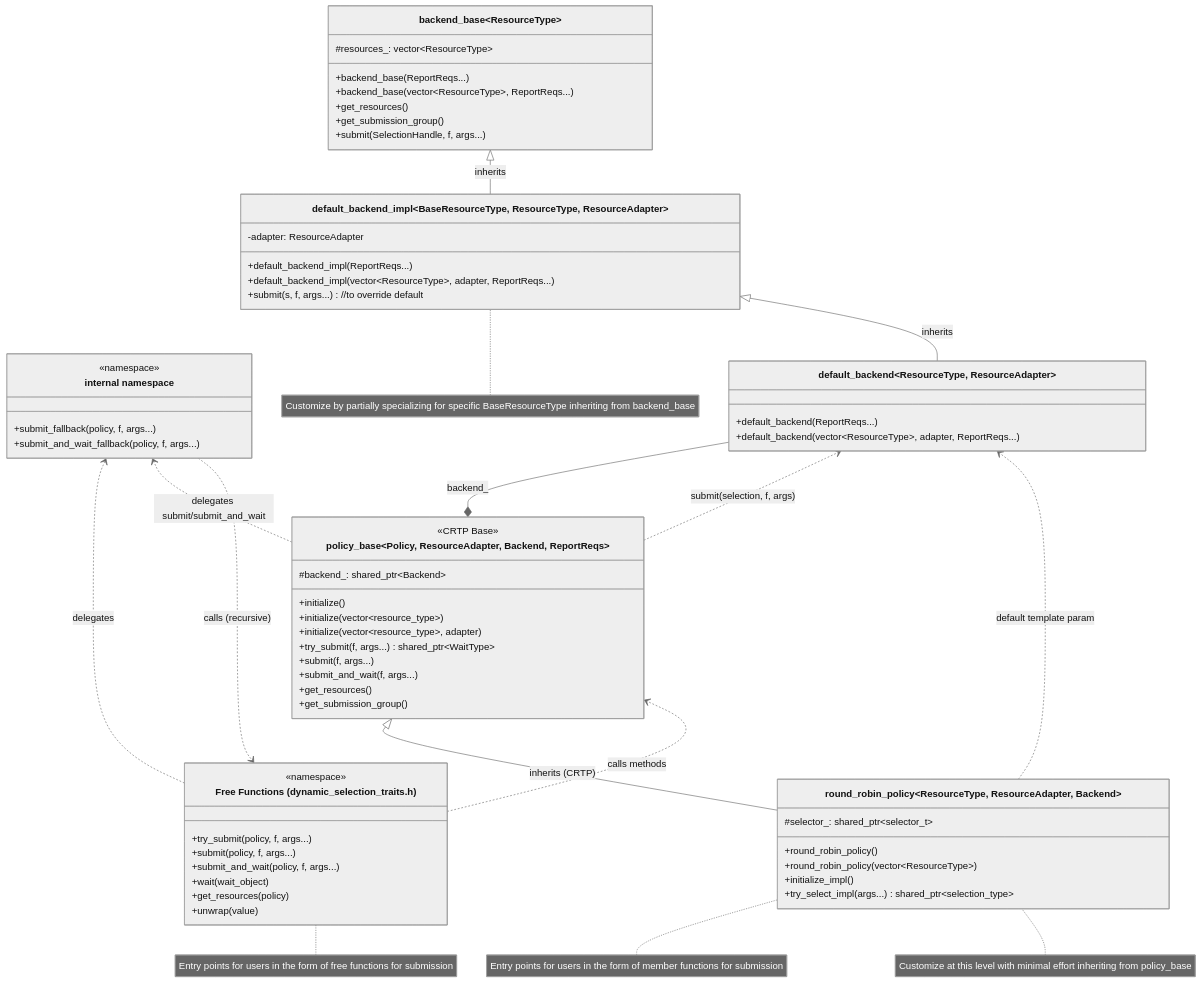
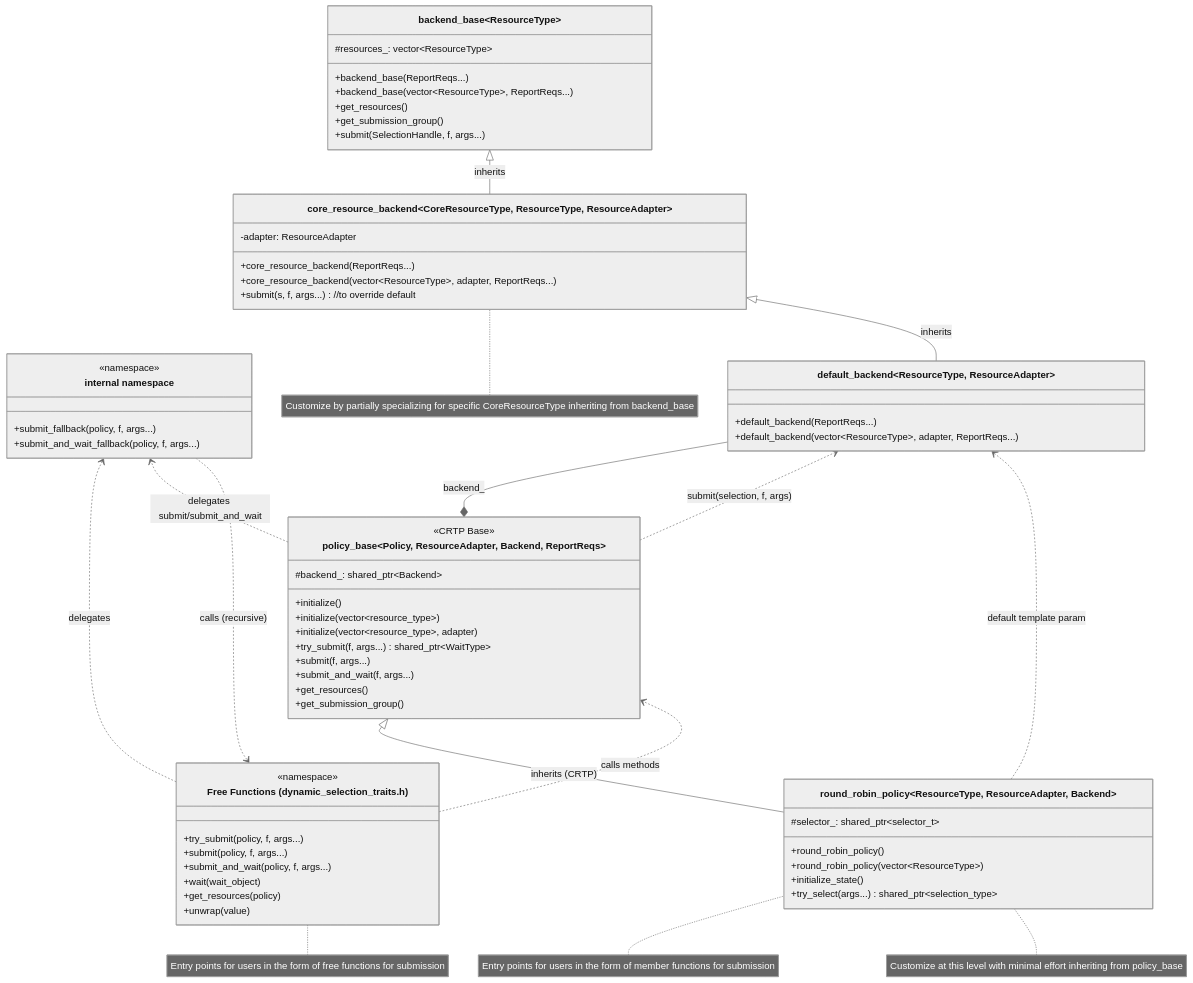
One commit to uxlfoundation/oneDPL changed the diagram in rfcs/experimental/dynamic_selection/customization/README.md. Above: the diagram before and after it, drawn with Mermaid (neutral theme). The commit also changed 3 other files, not shown here.

````diff
--- a/rfcs/experimental/dynamic_selection/customization/README.md
+++ b/rfcs/experimental/dynamic_selection/customization/README.md
@@ -87,14 +87,14 @@
         #selector_: shared_ptr~selector_t~
         +round_robin_policy()
         +round_robin_policy(vector~ResourceType~)
-        +initialize_impl()
-        +try_select_impl(args...) shared_ptr~selection_type~
+        +initialize_state()
+        +try_select(args...) shared_ptr~selection_type~
     }
 
-    class default_backend_impl~BaseResourceType, ResourceType, ResourceAdapter~ {
+    class core_resource_backend~CoreResourceType, ResourceType, ResourceAdapter~ {
         -adapter: ResourceAdapter
-        +default_backend_impl(ReportReqs...)
-        +default_backend_impl(vector~ResourceType~, adapter, ReportReqs...)
+        +core_resource_backend(ReportReqs...)
+        +core_resource_backend(vector~ResourceType~, adapter, ReportReqs...)
         +submit(s, f, args...) //to override default
     }
 
@@ -105,8 +105,8 @@
 
     %% Relationships - Inheritance
     round_robin_policy --|> policy_base : inherits (CRTP)
-    default_backend_impl --|> backend_base : inherits
-    default_backend --|> default_backend_impl : inherits
+    core_resource_backend --|> backend_base : inherits
+    default_backend --|> core_resource_backend : inherits
 
     %% Relationships - Composition
     policy_base *-- default_backend : backend_
@@ -125,7 +125,7 @@
     %% Notes
     note for FreeFunctions "Entry points for users in the form of free functions for submission"
     note for round_robin_policy "Entry points for users in the form of member functions for submission"
-    note for default_backend_impl "Customize by partially specializing for specific BaseResourceType inheriting from backend_base"
+    note for core_resource_backend "Customize by partially specializing for specific CoreResourceType inheriting from backend_base"
     note for round_robin_policy "Customize at this level with minimal effort inheriting from policy_base"
 
 ```
````
